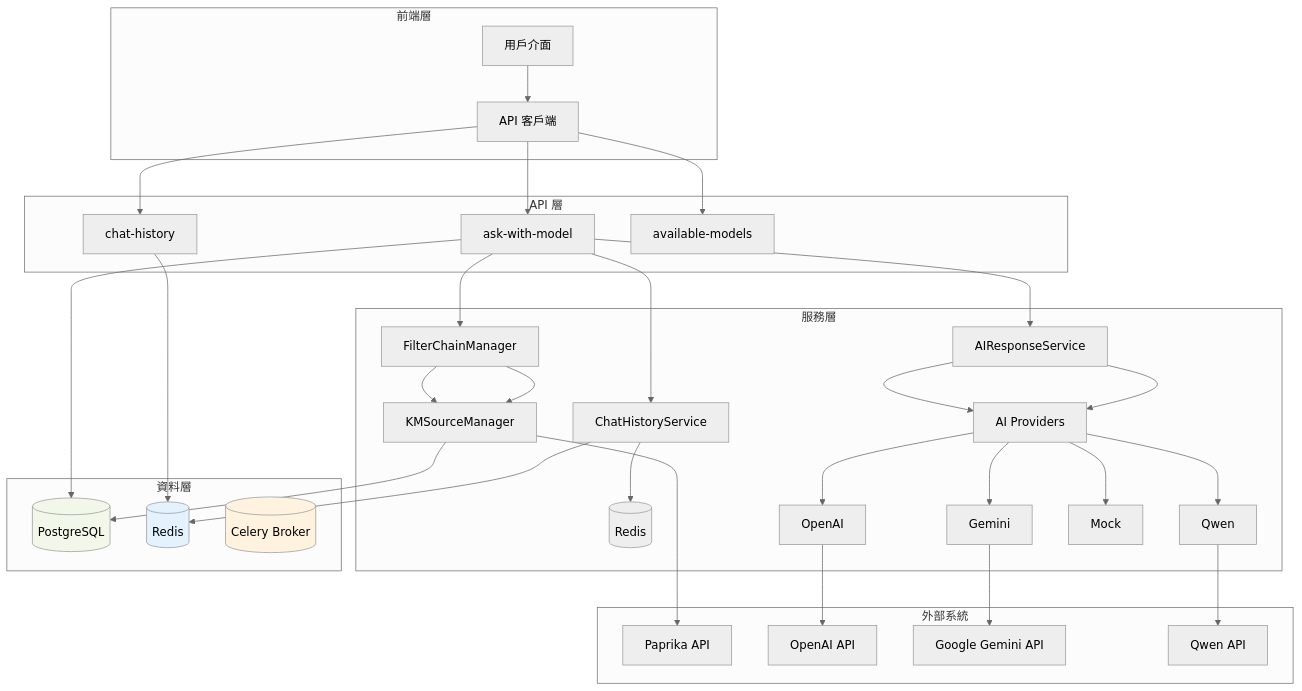
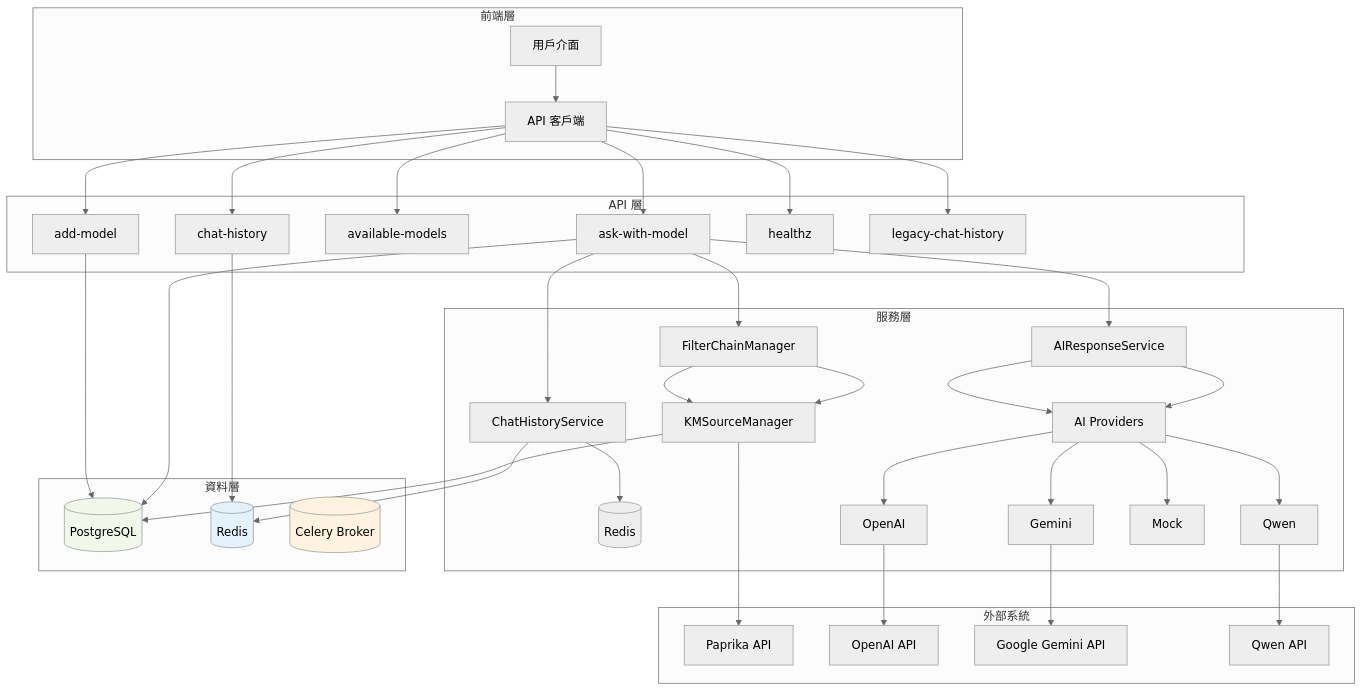
One commit to Vinskao/maya-sawa-v2 changed the first of 3 diagrams in README.md. Above: the diagram before and after it, drawn with Mermaid (neutral theme). The commit also changed other lines of this file and 1 other file, not shown here.

````diff
--- a/README.md
+++ b/README.md
@@ -5,61 +5,65 @@
 ```mermaid
 graph TB
     subgraph "前端層"
         A[用戶介面] --> B[API 客戶端]
     end
 
     subgraph "API 層"
         B --> A1[ask-with-model]
         B --> A2[chat-history]
         B --> A3[available-models]
+        B --> A4[add-model]
+        B --> A5[healthz]
+        B --> A6[legacy-chat-history]
     end
 
     subgraph "服務層"
         S1[FilterChainManager] --> S2[KMSourceManager]
         S3[ChatHistoryService] --> R[(Redis)]
         S4[AIResponseService] --> P1[AI Providers]
         P1 --> P1a[OpenAI]
         P1 --> P1b[Gemini]
         P1 --> P1c[Qwen]
         P1 --> P1d[Mock]
     end
 
     subgraph "資料層"
         D1[(PostgreSQL)]
         D2[(Redis)]
         D3[(Celery Broker)]
     end
 
     subgraph "外部系統"
         E1[Paprika API]
         E2[OpenAI API]
         E3[Google Gemini API]
         E4[Qwen API]
     end
 
     %% 關聯
     A1 --> S1
     S1 --> S2
     S2 --> D1
     A1 --> S3
     S3 --> D2
     A1 --> S4
     S4 --> P1
     P1a --> E2
     P1b --> E3
     P1c --> E4
     S2 --> E1
 
     %% DB 關聯
     A1 --> D1
     A2 --> D2
+    A4 --> D1
 
     %% 註解
     D1:::db
     D2:::cache
     D3:::broker
 
     classDef db fill:#f1f8e9
     classDef cache fill:#e3f2fd
     classDef broker fill:#fff3e0
 ```
````
